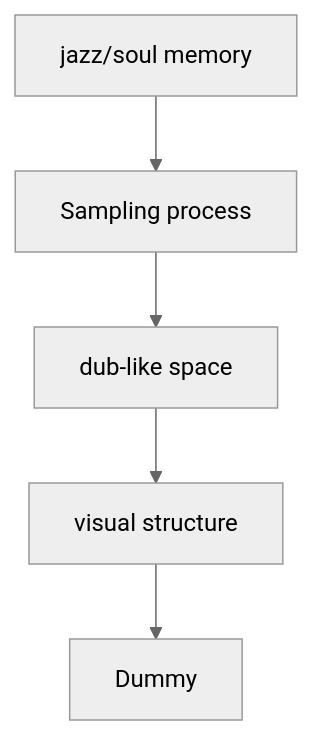
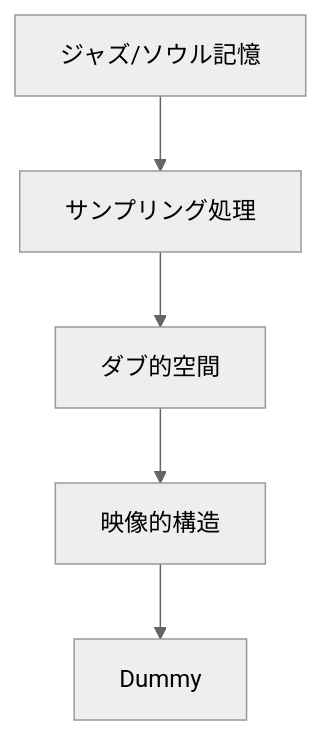
Before and after one commit to monumental-movement/monumental-movement.github.io: the ninth of 11 diagrams in en/_posts/2026-07-01-column-influential-album-03.md, drawn with Mermaid (neutral theme). The commit also changed other lines of this file and 2196 other files, not shown here.

```diff
--- a/en/_posts/2026-07-01-column-influential-album-03.md
+++ b/en/_posts/2026-07-01-column-influential-album-03.md
@@ -946,11 +944,11 @@
 <div class="mermaid">
 flowchart TD
-A[jazz/soul memory]
-B[Sampling process]
-C[dub-like space]
-D[visual structure]
+A[ジャズ/ソウル記憶]
+B[サンプリング処理]
+C[ダブ的空間]
+D[映像的構造]
 E[Dummy]
 
 A --> B --> C --> D --> E
 
 </div>
```
